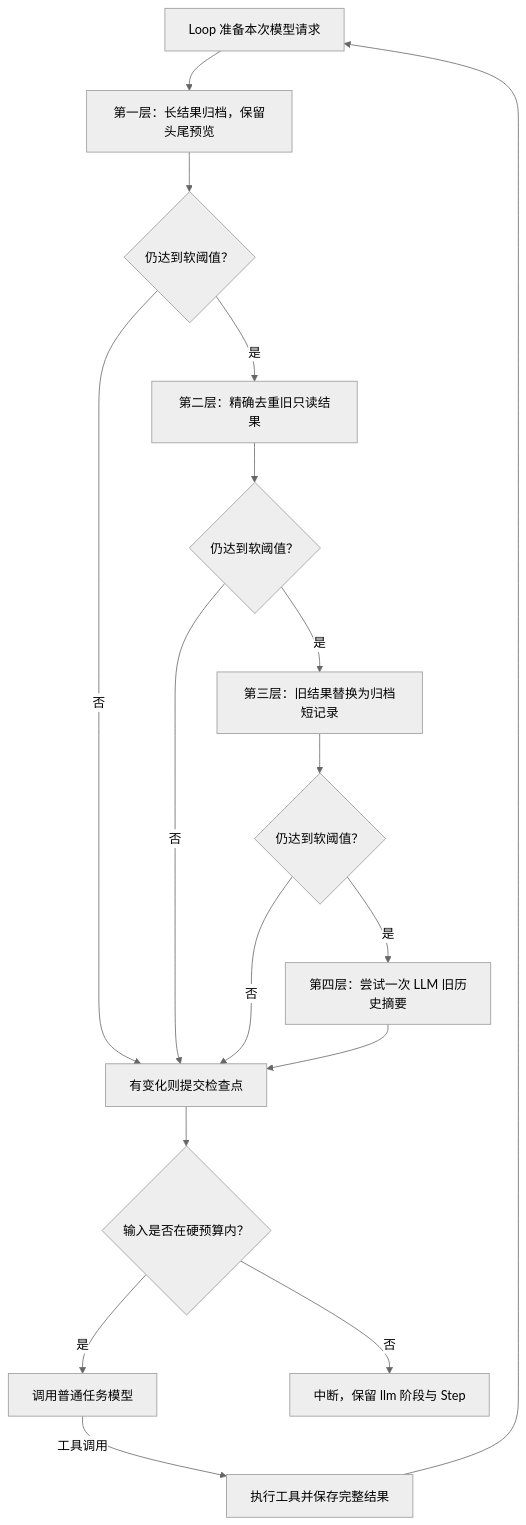
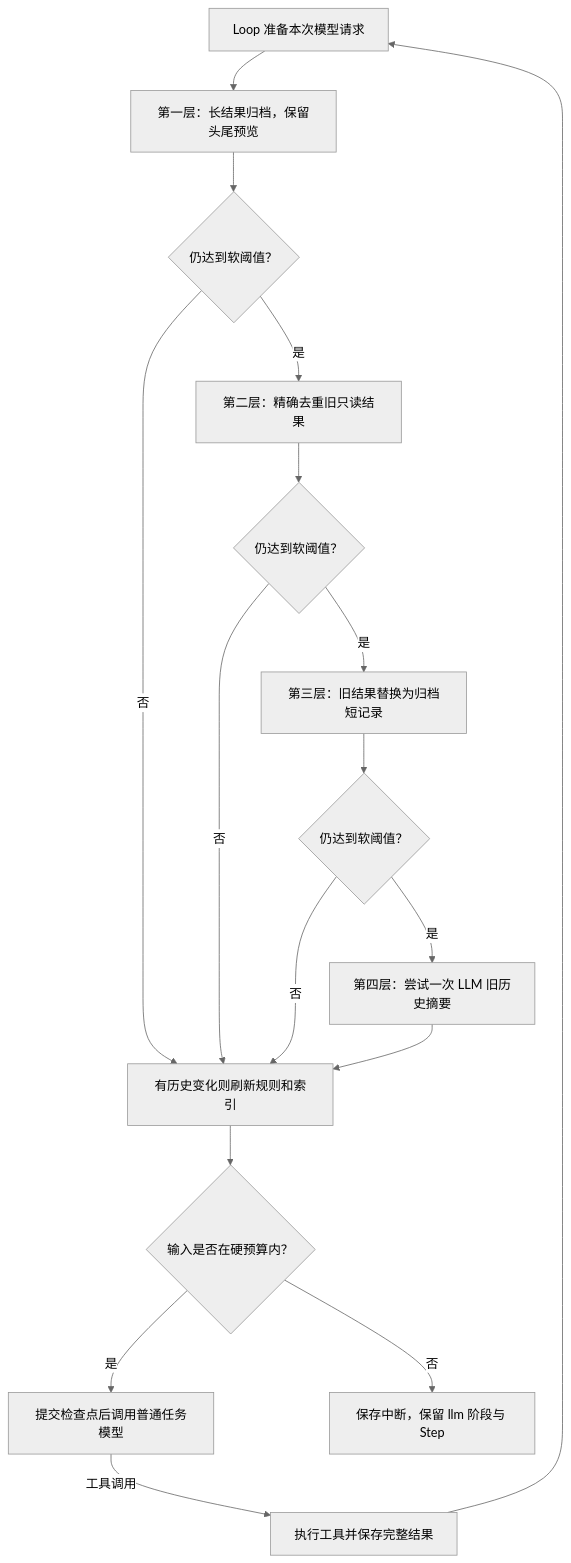
The diagram in README.md (6xiaoming6/KamaClaude), drawn with Mermaid (neutral theme) before and after one commit. The commit also changed other lines of this file and 57 other files, not shown here.

````diff
--- a/README.md
+++ b/README.md
@@ -115,19 +128,19 @@
 ```mermaid
 flowchart TD
     PREP[Loop 准备本次模型请求] --> L1[第一层：长结果归档，保留头尾预览]
     L1 --> C1{仍达到软阈值？}
-    C1 -->|否| SAVE[有变化则提交检查点]
+    C1 -->|否| SAVE[有历史变化则刷新规则和索引]
     C1 -->|是| L2[第二层：精确去重旧只读结果]
     L2 --> C2{仍达到软阈值？}
     C2 -->|否| SAVE
     C2 -->|是| L3[第三层：旧结果替换为归档短记录]
     L3 --> C3{仍达到软阈值？}
     C3 -->|否| SAVE
     C3 -->|是| L4[第四层：尝试一次 LLM 旧历史摘要]
     L4 --> SAVE
     SAVE --> HARD{输入是否在硬预算内？}
-    HARD -->|是| MODEL[调用普通任务模型]
-    HARD -->|否| STOP[中断，保留 llm 阶段与 Step]
+    HARD -->|是| MODEL[提交检查点后调用普通任务模型]
+    HARD -->|否| STOP[保存中断，保留 llm 阶段与 Step]
     MODEL -->|工具调用| TOOL[执行工具并保存完整结果]
     TOOL --> PREP
 ```
````
